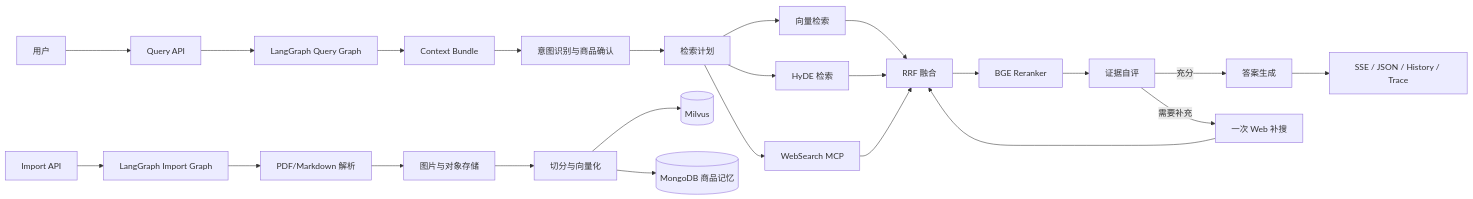
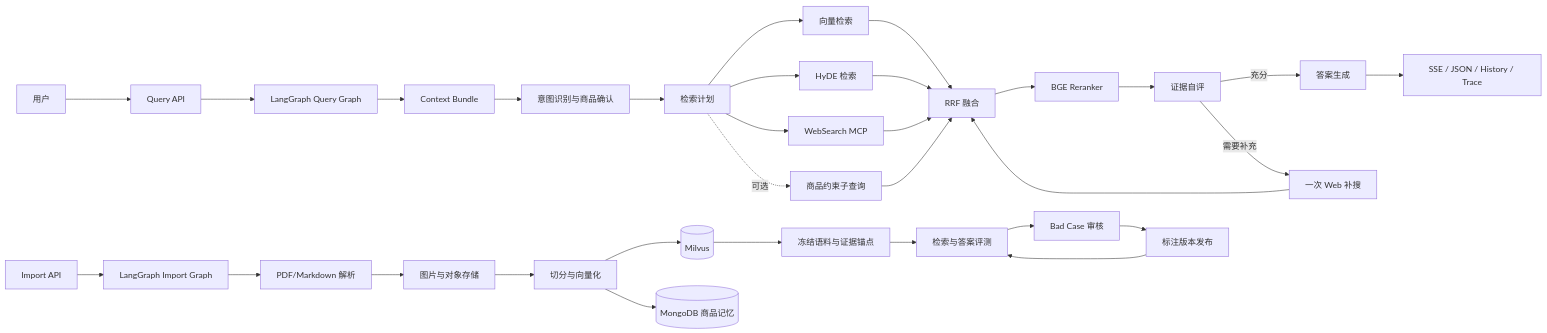
The diagram in README.md (bigrolls2333/ProductDoc-Agentic-RAG), drawn with Mermaid before and after one commit. The commit also changed other lines of this file and 88 other files, not shown here.

````diff
--- a/README.md
+++ b/README.md
@@ -23,27 +32,35 @@
 ```mermaid
 flowchart LR
     U[用户] --> QAPI[Query API]
     QAPI --> QG[LangGraph Query Graph]
     QG --> C[Context Bundle]
     C --> R[意图识别与商品确认]
     R --> P[检索计划]
     P --> S1[向量检索]
     P --> S2[HyDE 检索]
     P --> S3[WebSearch MCP]
+    P -. 可选 .-> S4[商品约束子查询]
     S1 --> F[RRF 融合]
     S2 --> F
     S3 --> F
+    S4 --> F
     F --> RR[BGE Reranker]
     RR --> E[证据自评]
     E -->|充分| A[答案生成]
     E -->|需要补充| S3R[一次 Web 补搜]
     S3R --> F
     A --> O[SSE / JSON / History / Trace]
 
     IAPI[Import API] --> IG[LangGraph Import Graph]
     IG --> D[PDF/Markdown 解析]
     D --> M[图片与对象存储]
     M --> V[切分与向量化]
     V --> DB[(Milvus)]
     V --> PM[(MongoDB 商品记忆)]
+
+    DB --> SNAP[冻结语料与证据锚点]
+    SNAP --> EV[检索与答案评测]
+    EV --> BC[Bad Case 审核]
+    BC --> VER[标注版本发布]
+    VER --> EV
 ```
````
